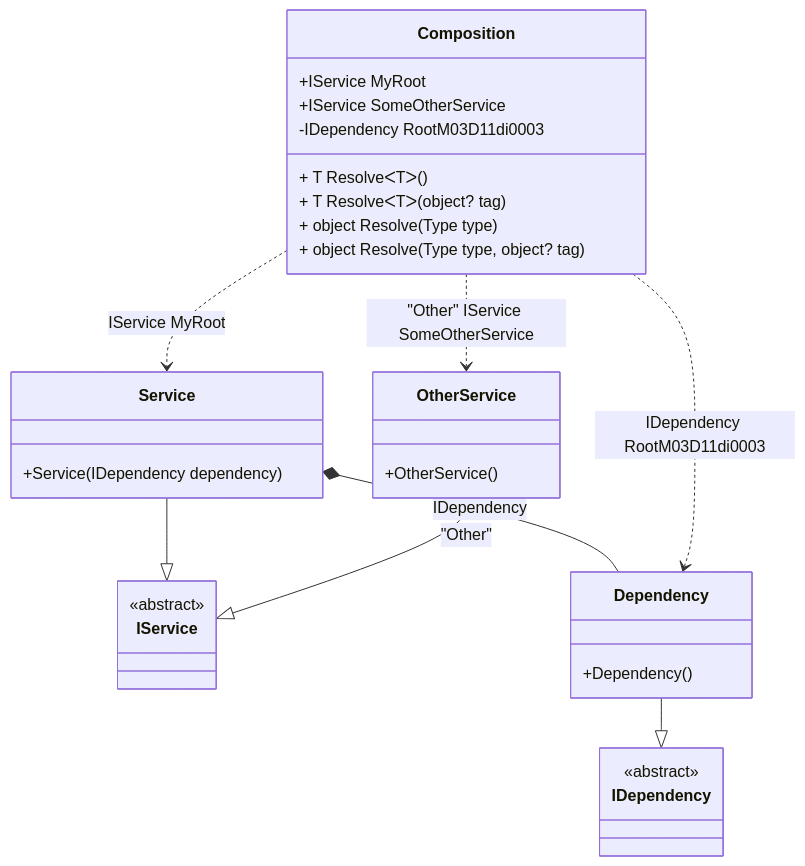
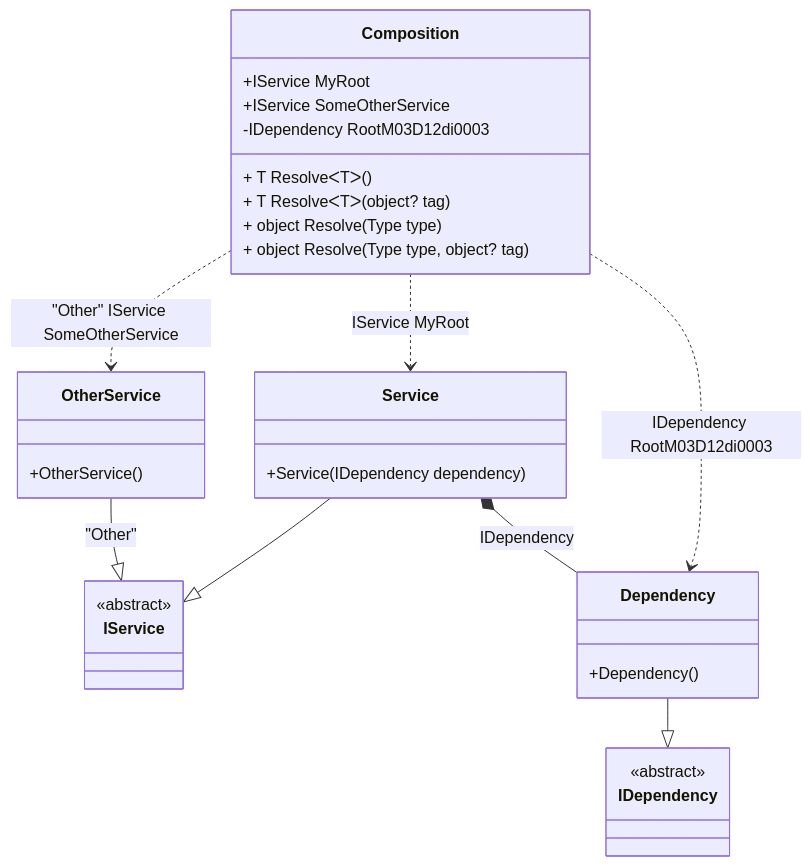
One commit to DevTeam/Pure.DI changed the diagram in readme/composition-roots.md. Above: the diagram before and after it, drawn with Mermaid. The commit also changed other lines of this file and 75 other files, not shown here.

````diff
--- a/readme/composition-roots.md
+++ b/readme/composition-roots.md
@@ -66,34 +69,34 @@
 ```mermaid
 classDiagram
   class Composition {
     +IService MyRoot
     +IService SomeOtherService
-    -IDependency RootM03D11di0003
+    -IDependency RootM03D12di0003
     + T ResolveᐸTᐳ()
     + T ResolveᐸTᐳ(object? tag)
     + object Resolve(Type type)
     + object Resolve(Type type, object? tag)
   }
   Service --|> IService : 
   class Service {
     +Service(IDependency dependency)
   }
   OtherService --|> IService : "Other" 
   class OtherService {
     +OtherService()
   }
   Dependency --|> IDependency : 
   class Dependency {
     +Dependency()
   }
   class IService {
     <<abstract>>
   }
   class IDependency {
     <<abstract>>
   }
   Service *--  Dependency : IDependency
+  Composition ..> OtherService : "Other" IService SomeOtherService
   Composition ..> Service : IService MyRoot
-  Composition ..> OtherService : "Other" IService SomeOtherService
-  Composition ..> Dependency : IDependency RootM03D11di0003
+  Composition ..> Dependency : IDependency RootM03D12di0003
 ```
````
